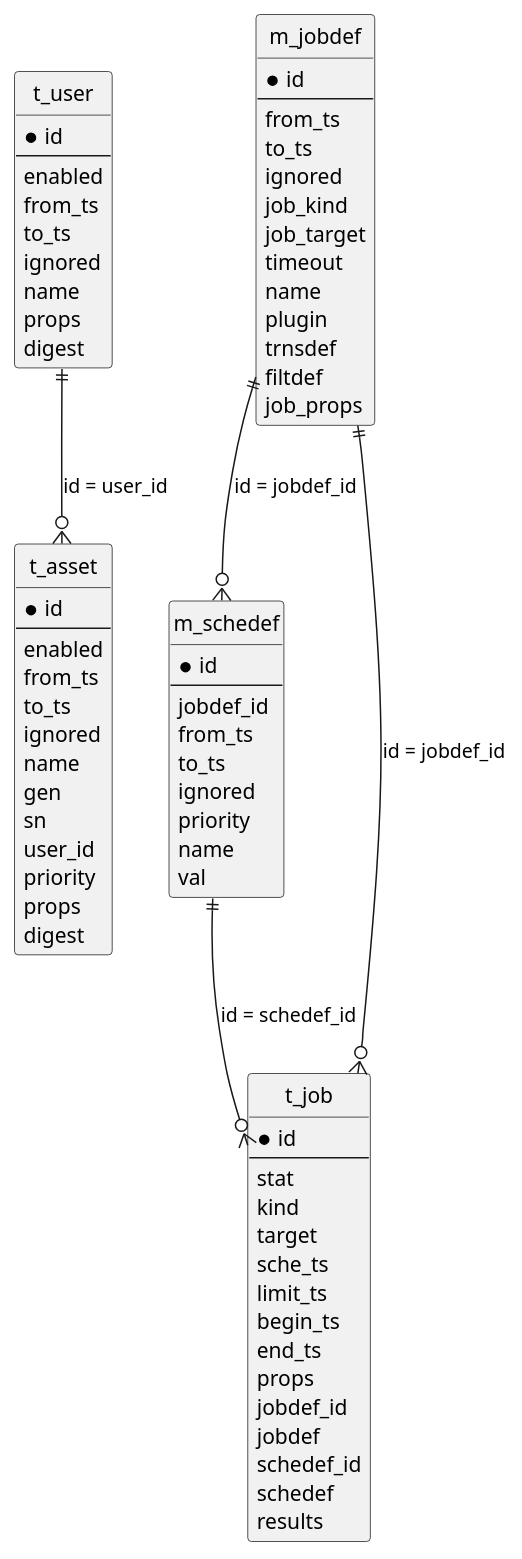
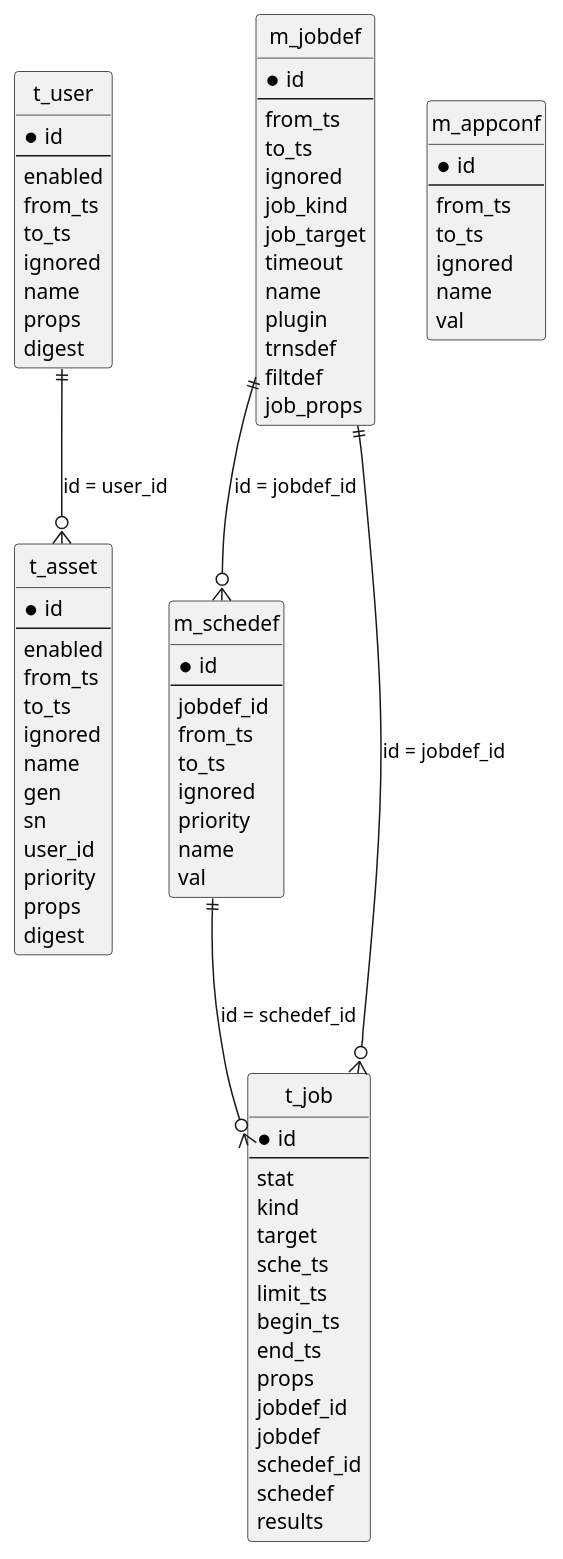
The diagram in database/er.pu (riru4293/safi), drawn with PlantUML before and after one commit. The commit also changed 110 other files, not shown here.

```diff
--- a/database/er.pu
+++ b/database/er.pu
@@ -1,85 +1,95 @@
 @startuml
 hide circle
 
 entity "t_user" as t_user {
     * id
     --
       enabled
       from_ts
       to_ts
       ignored
       name
       props
       digest
 }
 
 entity "t_asset" as t_asset {
     * id
     --
       enabled
       from_ts
       to_ts
       ignored
       name
       gen
       sn
       user_id
       priority
       props
       digest
 }
 
 t_user ||--o{ t_asset : "id = user_id"
 
 entity "m_jobdef" as m_jobdef {
     * id
     --
       from_ts
       to_ts
       ignored
       job_kind
       job_target
       timeout
       name
       plugin
       trnsdef
       filtdef
       job_props
 }
 
 entity "m_schedef" as m_schedef {
     * id
     --
       jobdef_id
       from_ts
       to_ts
       ignored
       priority
       name
       val
 }
 
 m_jobdef ||--o{ m_schedef : "id = jobdef_id"
 
 entity "t_job" as t_job {
     * id
     --
       stat
       kind
       target
       sche_ts
       limit_ts
       begin_ts
       end_ts
       props
       jobdef_id
       jobdef
       schedef_id
       schedef
       results
 }
 
 m_jobdef ||--o{ t_job : "id = jobdef_id"
 m_schedef ||--o{ t_job : "id = schedef_id"
 
+entity "m_appconf" as m_appconf {
+    * id
+    --
+      from_ts
+      to_ts
+      ignored
+      name
+      val
+}
+
 @enduml
```
